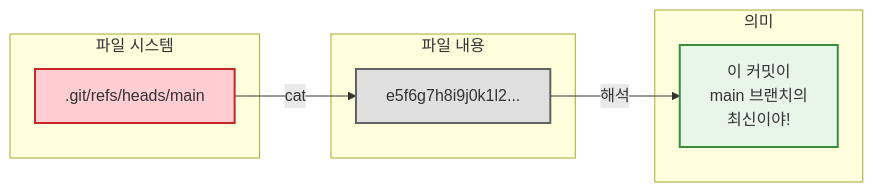
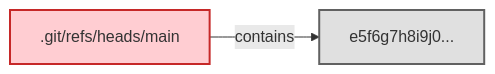
One commit to hiddenpunch/hiddenpunch.github.io changed the sixth of 8 diagrams in content/posts/git-internals-01-object-storage.md. Above: the diagram before and after it, drawn with Mermaid. The commit also changed other lines of this file, not shown here.

Commit message:
Simplify Mermaid: English only, code blocks

````diff
--- a/content/posts/git-internals-01-object-storage.md
+++ b/content/posts/git-internals-01-object-storage.md
@@ -306,21 +266,10 @@
-<div class="mermaid">
+```mermaid
 flowchart LR
-    subgraph file[파일 시스템]
-        A[.git/refs/heads/main]
-    end
+    A[.git/refs/heads/main]
+    B[e5f6g7h8i9j0...]
     
-    subgraph content[파일 내용]
-        B[e5f6g7h8i9j0k1l2...]
-    end
-    
-    subgraph meaning[의미]
-        C[이 커밋이<br/>main 브랜치의<br/>최신이야!]
-    end
-    
-    A -->|cat| B
-    B -->|해석| C
+    A -->|contains| B
     
     style A fill:#ffcdd2,stroke:#c62828,stroke-width:2px
     style B fill:#e0e0e0,stroke:#616161,stroke-width:2px
-    style C fill:#e8f5e9,stroke:#388e3c,stroke-width:2px
-</div>
+```
````
